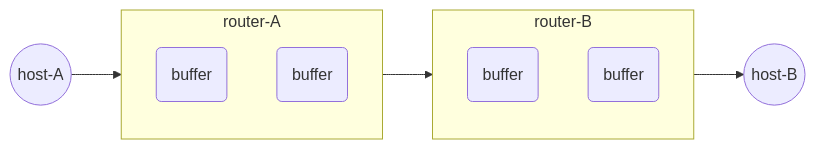
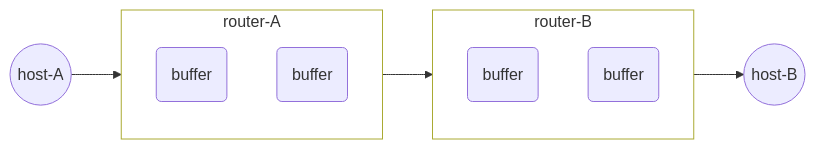
Before and after one commit to domeniczz/learnJavaDev: the second of 2 diagrams in Computer Science/操作系统.md, drawn with Mermaid. The commit also changed other lines of this file and 6 other files, not shown here.

````diff
--- a/Computer Science/操作系统.md
+++ b/Computer Science/操作系统.md
@@ -4651,12 +4654,15 @@
 ```mermaid
 flowchart LR
   subgraph router-A
   r1a("buffer")
   r1b("buffer")
   end
   subgraph router-B
   r2a("buffer")
   r2b("buffer")
   end
   A(("host-A")) --> router-A --> router-B --> B(("host-B"))
+  classDef subgraphstyle fill:transparent
+  class router-A subgraphstyle
+  class router-B subgraphstyle
 ```
````
